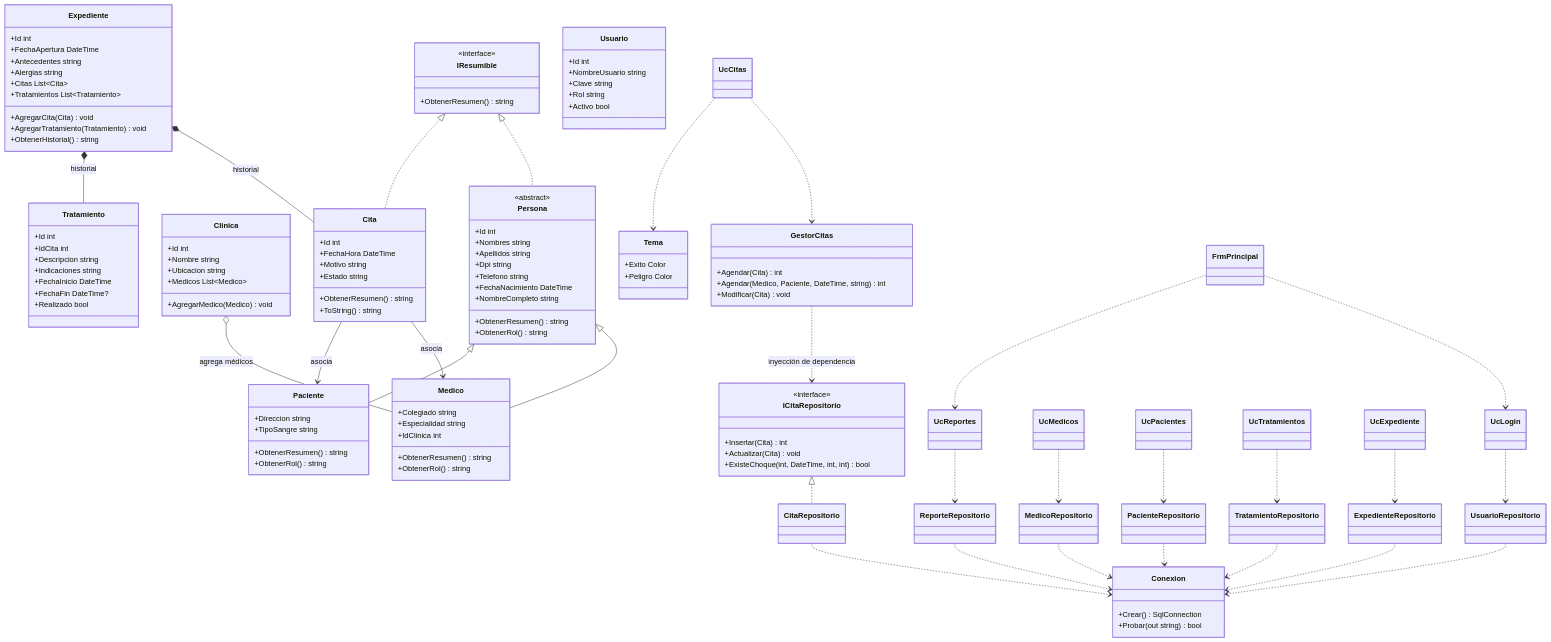
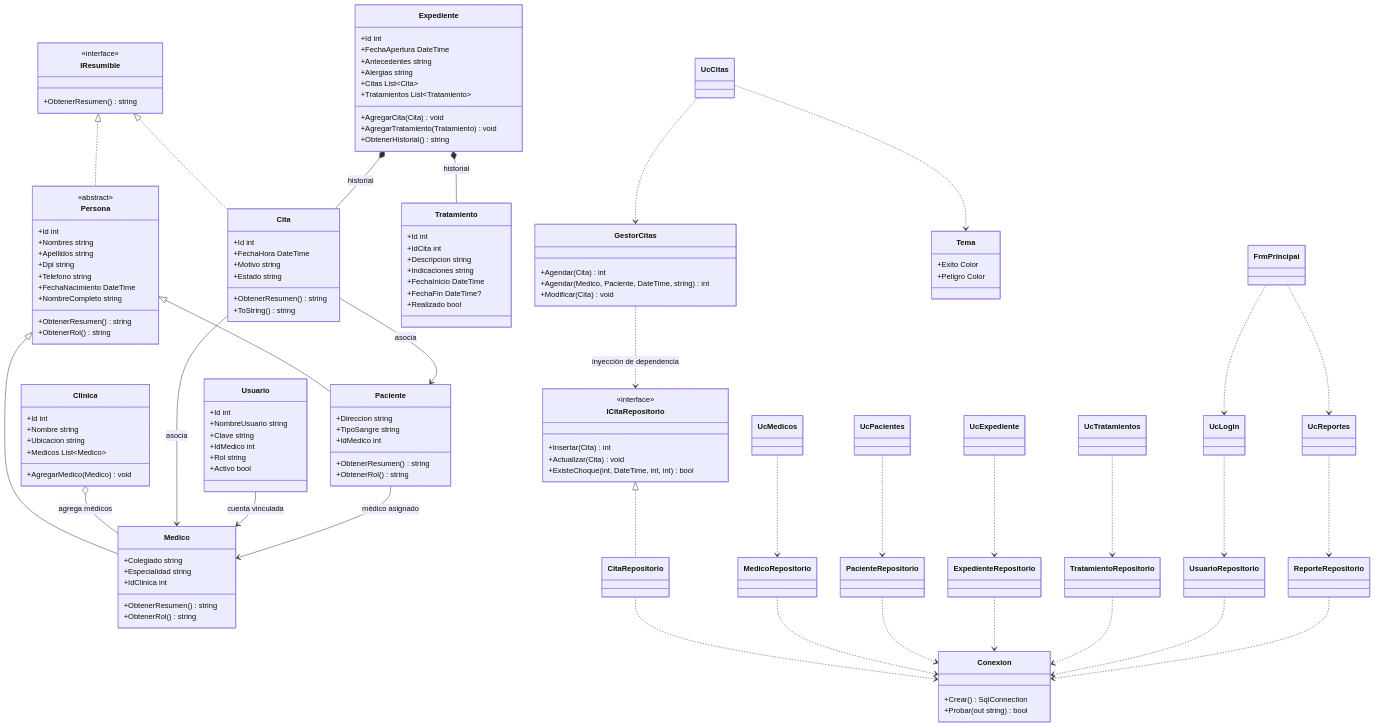
The first of 2 diagrams in Documentacion/InformeRequerimientosYDiagramas.md (AlejandrouUmgGt/GestionClinicaSolution), drawn with Mermaid before and after one commit. The commit also changed other lines of this file, not shown here.

Commit message:
Actualizar documentación de exposición: Documentacion/InformeRequerimientosYDiagramas.md

```diff
--- a/Documentacion/InformeRequerimientosYDiagramas.md
+++ b/Documentacion/InformeRequerimientosYDiagramas.md
@@ -70,6 +70,7 @@
     class Paciente {
         +Direccion string
         +TipoSangre string
+        +IdMedico int
         +ObtenerResumen() string
         +ObtenerRol() string
     }
@@ -112,6 +113,7 @@
         +Id int
         +NombreUsuario string
         +Clave string
+        +IdMedico int
         +Rol string
         +Activo bool
     }
@@ -146,6 +148,8 @@
     Clinica o-- Medico : agrega médicos
     Cita --> Medico : asocia
     Cita --> Paciente : asocia
+    Usuario --> Medico : cuenta vinculada
+    Paciente --> Medico : médico asignado
     Expediente *-- Cita : historial
     Expediente *-- Tratamiento : historial
     GestorCitas ..> ICitaRepositorio : inyección de dependencia
```
